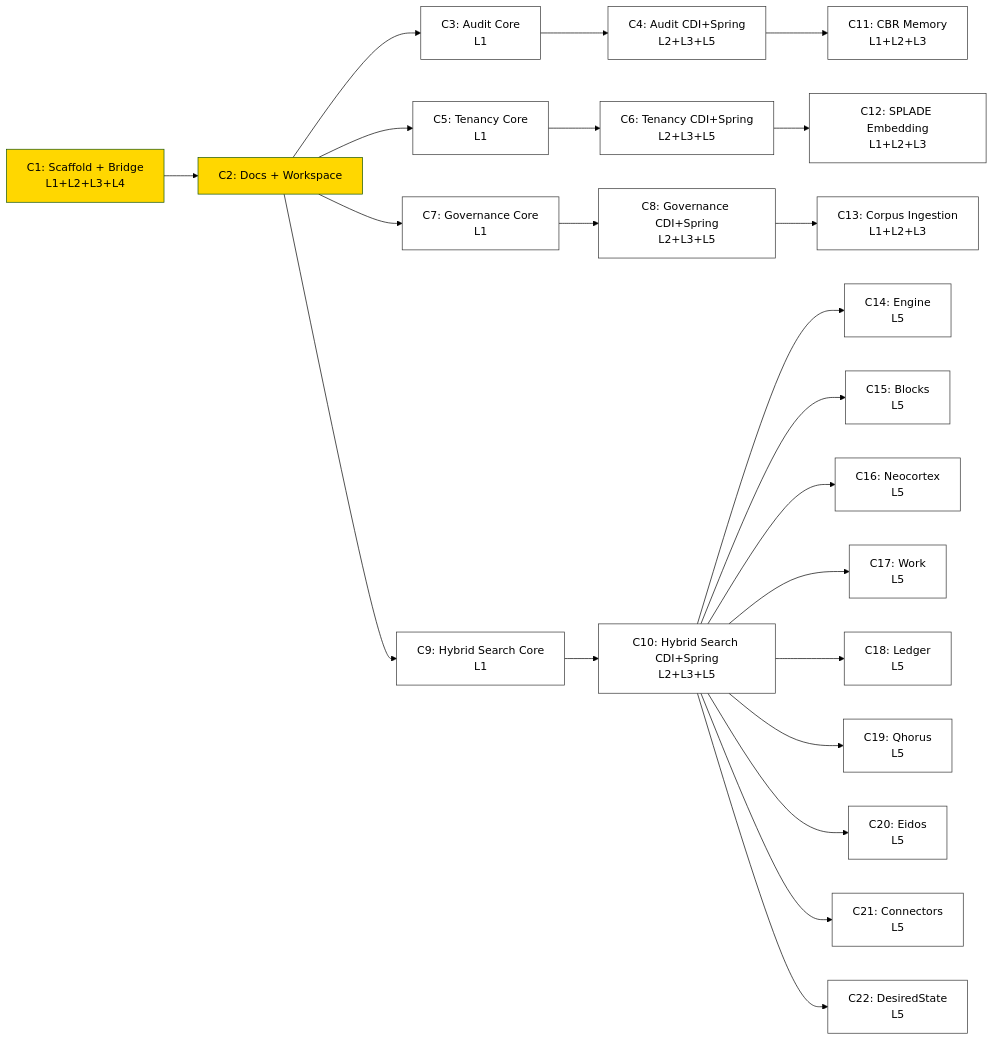
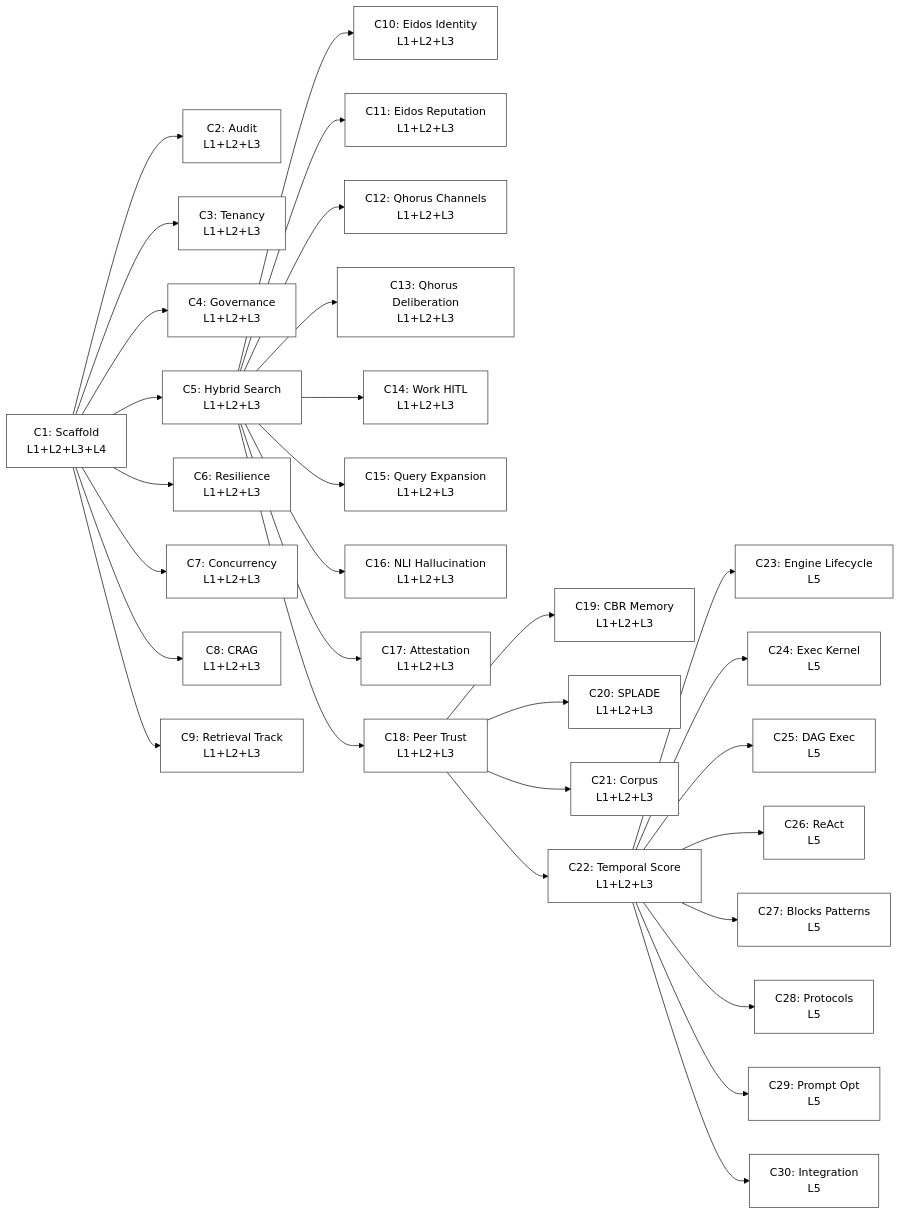
One commit to casehubio/casehub-langchain4j changed the sixth of 6 diagrams in ARC42STORIES.MD. Above: the diagram before and after it, drawn with Mermaid (forest theme). The commit also changed other lines of this file, not shown here.

Commit message:
chore: rewrite ARC42STORIES — 4-phase structure, 30 chapters from ecosystem audit

````diff
--- a/ARC42STORIES.MD
+++ b/ARC42STORIES.MD
@@ -370,47 +330,68 @@
 ```mermaid
 flowchart LR
-  C1["C1: Scaffold + Bridge\nL1+L2+L3+L4"] --> C2["C2: Docs + Workspace"]
-  C2 --> C3["C3: Audit Core\nL1"]
-  C2 --> C5["C5: Tenancy Core\nL1"]
-  C2 --> C7["C7: Governance Core\nL1"]
-  C2 --> C9["C9: Hybrid Search Core\nL1"]
-  C3 --> C4["C4: Audit CDI+Spring\nL2+L3+L5"]
-  C5 --> C6["C6: Tenancy CDI+Spring\nL2+L3+L5"]
-  C7 --> C8["C8: Governance CDI+Spring\nL2+L3+L5"]
-  C9 --> C10["C10: Hybrid Search CDI+Spring\nL2+L3+L5"]
-  C4 --> C11["C11: CBR Memory\nL1+L2+L3"]
-  C6 --> C12["C12: SPLADE Embedding\nL1+L2+L3"]
-  C8 --> C13["C13: Corpus Ingestion\nL1+L2+L3"]
-  C10 --> C14["C14: Engine\nL5"]
-  C10 --> C15["C15: Blocks\nL5"]
-  C10 --> C16["C16: Neocortex\nL5"]
-  C10 --> C17["C17: Work\nL5"]
-  C10 --> C18["C18: Ledger\nL5"]
-  C10 --> C19["C19: Qhorus\nL5"]
-  C10 --> C20["C20: Eidos\nL5"]
-  C10 --> C21["C21: Connectors\nL5"]
-  C10 --> C22["C22: DesiredState\nL5"]
+  C1["C1: Scaffold\nL1+L2+L3+L4"]
 
-  style C1 fill:#FFD700,color:#000
-  style C2 fill:#FFD700,color:#000
+  C1 --> C2["C2: Audit\nL1+L2+L3"]
+  C1 --> C3["C3: Tenancy\nL1+L2+L3"]
+  C1 --> C4["C4: Governance\nL1+L2+L3"]
+  C1 --> C5["C5: Hybrid Search\nL1+L2+L3"]
+  C1 --> C6["C6: Resilience\nL1+L2+L3"]
+  C1 --> C7["C7: Concurrency\nL1+L2+L3"]
+  C1 --> C8["C8: CRAG\nL1+L2+L3"]
+  C1 --> C9["C9: Retrieval Track\nL1+L2+L3"]
+
+  C5 --> C10["C10: Eidos Identity\nL1+L2+L3"]
+  C5 --> C11["C11: Eidos Reputation\nL1+L2+L3"]
+  C5 --> C12["C12: Qhorus Channels\nL1+L2+L3"]
+  C5 --> C13["C13: Qhorus Deliberation\nL1+L2+L3"]
+  C5 --> C14["C14: Work HITL\nL1+L2+L3"]
+  C5 --> C15["C15: Query Expansion\nL1+L2+L3"]
+  C5 --> C16["C16: NLI Hallucination\nL1+L2+L3"]
+  C5 --> C17["C17: Attestation\nL1+L2+L3"]
+  C5 --> C18["C18: Peer Trust\nL1+L2+L3"]
+
+  C18 --> C19["C19: CBR Memory\nL1+L2+L3"]
+  C18 --> C20["C20: SPLADE\nL1+L2+L3"]
+  C18 --> C21["C21: Corpus\nL1+L2+L3"]
+  C18 --> C22["C22: Temporal Score\nL1+L2+L3"]
+
+  C22 --> C23["C23: Engine Lifecycle\nL5"]
+  C22 --> C24["C24: Exec Kernel\nL5"]
+  C22 --> C25["C25: DAG Exec\nL5"]
+  C22 --> C26["C26: ReAct\nL5"]
+  C22 --> C27["C27: Blocks Patterns\nL5"]
+  C22 --> C28["C28: Protocols\nL5"]
+  C22 --> C29["C29: Prompt Opt\nL5"]
+  C22 --> C30["C30: Integration\nL5"]
+
+  style C1 fill:#FFFFFF,stroke:#333
+  style C2 fill:#FFFFFF,stroke:#333
   style C3 fill:#FFFFFF,stroke:#333
   style C4 fill:#FFFFFF,stroke:#333
   style C5 fill:#FFFFFF,stroke:#333
   style C6 fill:#FFFFFF,stroke:#333
   style C7 fill:#FFFFFF,stroke:#333
   style C8 fill:#FFFFFF,stroke:#333
   style C9 fill:#FFFFFF,stroke:#333
   style C10 fill:#FFFFFF,stroke:#333
   style C11 fill:#FFFFFF,stroke:#333
   style C12 fill:#FFFFFF,stroke:#333
   style C13 fill:#FFFFFF,stroke:#333
   style C14 fill:#FFFFFF,stroke:#333
   style C15 fill:#FFFFFF,stroke:#333
   style C16 fill:#FFFFFF,stroke:#333
   style C17 fill:#FFFFFF,stroke:#333
   style C18 fill:#FFFFFF,stroke:#333
   style C19 fill:#FFFFFF,stroke:#333
   style C20 fill:#FFFFFF,stroke:#333
   style C21 fill:#FFFFFF,stroke:#333
   style C22 fill:#FFFFFF,stroke:#333
+  style C23 fill:#FFFFFF,stroke:#333
+  style C24 fill:#FFFFFF,stroke:#333
+  style C25 fill:#FFFFFF,stroke:#333
+  style C26 fill:#FFFFFF,stroke:#333
+  style C27 fill:#FFFFFF,stroke:#333
+  style C28 fill:#FFFFFF,stroke:#333
+  style C29 fill:#FFFFFF,stroke:#333
+  style C30 fill:#FFFFFF,stroke:#333
 ```
````
